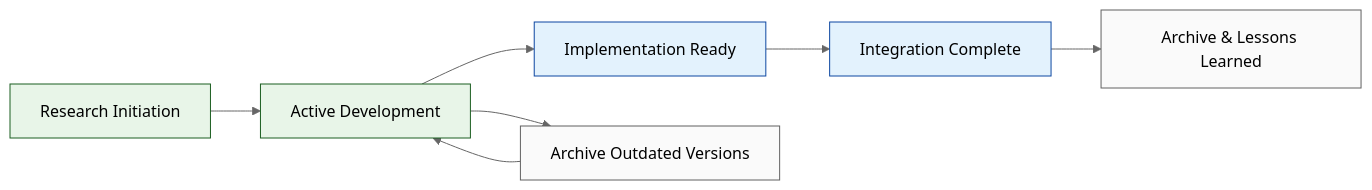
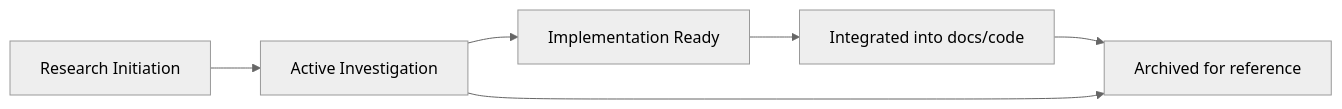
One commit to BjornMelin/ai-docs-vector-db-hybrid-scraper changed the diagram in docs/research/README.md. Above: the diagram before and after it, drawn with Mermaid (neutral theme). The commit also changed other lines of this file and 43 other files, not shown here.

````diff
--- a/docs/research/README.md
+++ b/docs/research/README.md
@@ -69,18 +46,8 @@
 ```mermaid
 flowchart LR
-    A[Research Initiation] --> B[Active Development]
-    B --> C[Implementation Ready]
-    C --> D[Integration Complete]
-    D --> E[Archive & Lessons Learned]
-    
-    B --> F[Archive Outdated Versions]
-    F --> B
-    
-    classDef active fill:#e8f5e8,stroke:#1b5e20
-    classDef complete fill:#e3f2fd,stroke:#0d47a1
-    classDef archive fill:#fafafa,stroke:#616161
-    
-    class A,B active
-    class C,D complete
-    class E,F archive
+    Start[Research Initiation] --> Active[Active Investigation]
+    Active --> Ready[Implementation Ready]
+    Ready --> Integrated[Integrated into docs/code]
+    Integrated --> Archive[Archived for reference]
+    Active --> Archive
 ```
````
